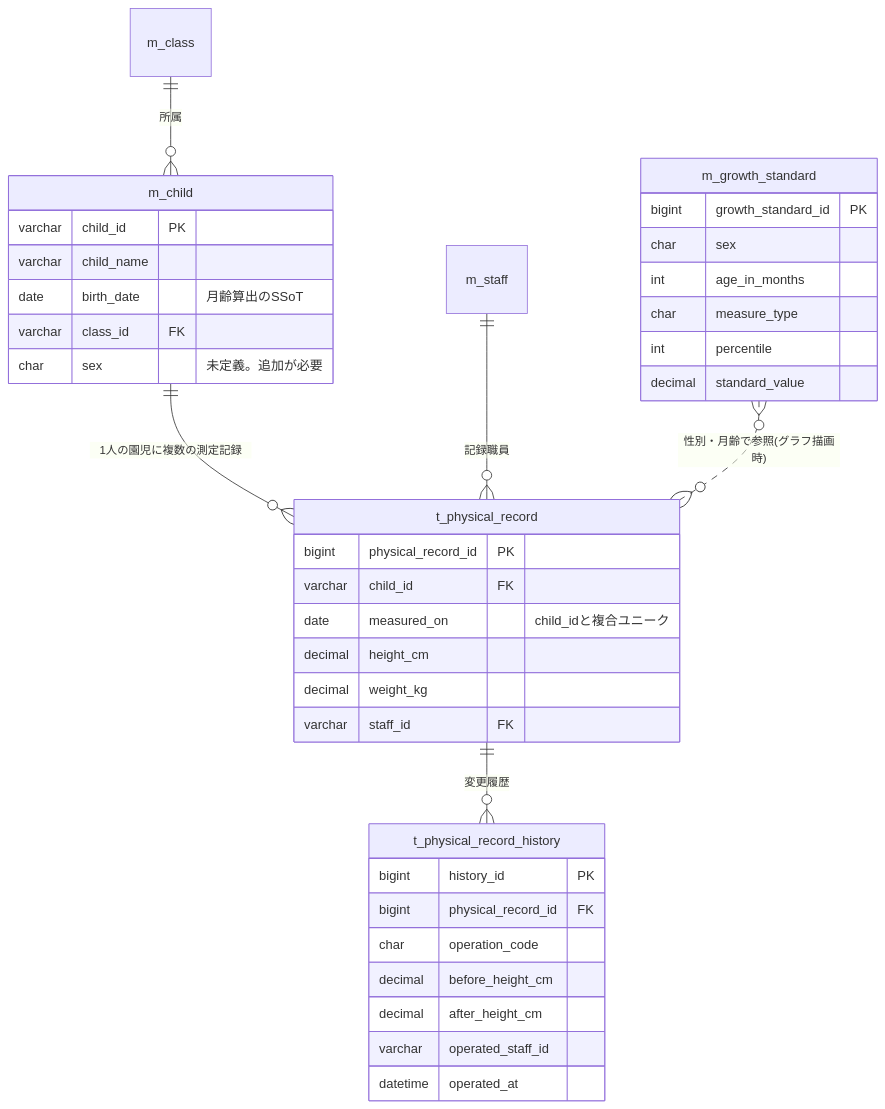
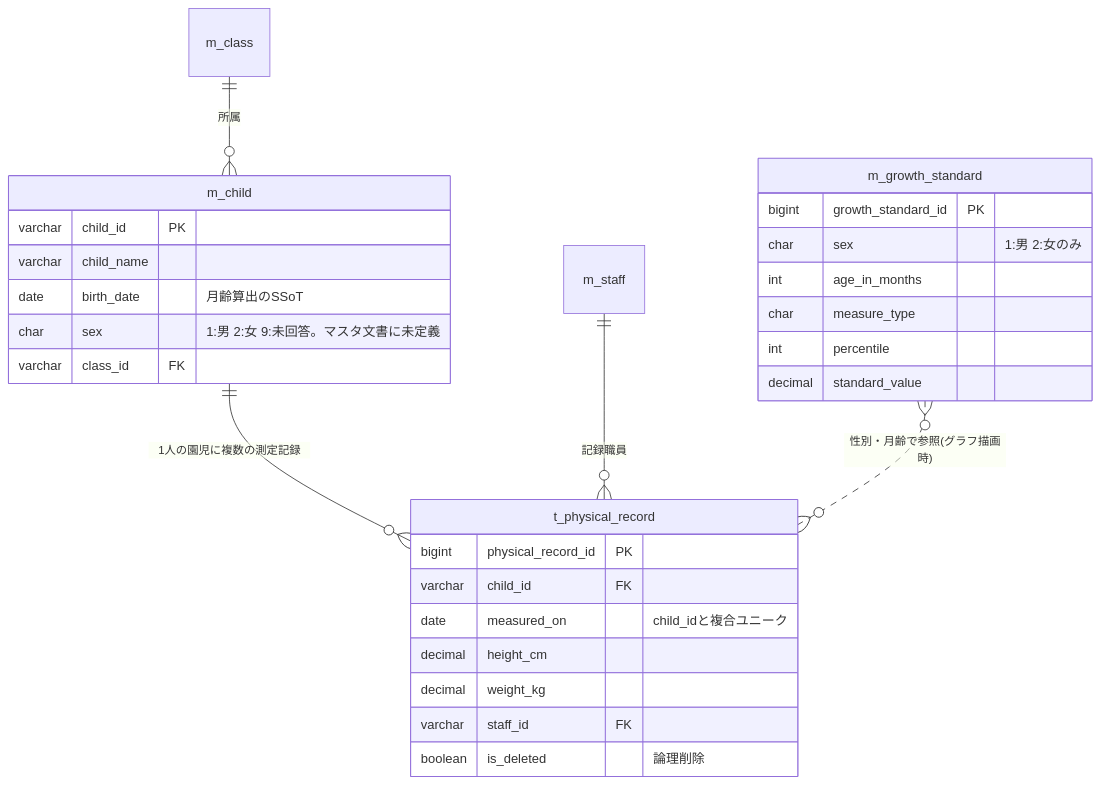
Before and after one commit to issei0423/sukusuku_system: the second of 2 diagrams in 基本設計書（身体記録のみ）.md, drawn with Mermaid. The commit also changed other lines of this file, not shown here.

````diff
--- a/基本設計書（身体記録のみ）.md
+++ b/基本設計書（身体記録のみ）.md
@@ -372,41 +426,32 @@
 ```mermaid
 erDiagram
     m_child ||--o{ t_physical_record : "1人の園児に複数の測定記録"
     m_staff ||--o{ t_physical_record : "記録職員"
     m_class ||--o{ m_child : "所属"
-    t_physical_record ||--o{ t_physical_record_history : "変更履歴"
     m_growth_standard }o..o{ t_physical_record : "性別・月齢で参照(グラフ描画時)"
 
     m_child {
         varchar child_id PK
         varchar child_name
         date birth_date "月齢算出のSSoT"
+        char sex "1:男 2:女 9:未回答。マスタ文書に未定義"
         varchar class_id FK
-        char sex "未定義。追加が必要"
     }
     t_physical_record {
         bigint physical_record_id PK
         varchar child_id FK
         date measured_on "child_idと複合ユニーク"
         decimal height_cm
         decimal weight_kg
         varchar staff_id FK
-    }
-    t_physical_record_history {
-        bigint history_id PK
-        bigint physical_record_id FK
-        char operation_code
-        decimal before_height_cm
-        decimal after_height_cm
-        varchar operated_staff_id
-        datetime operated_at
+        boolean is_deleted "論理削除"
     }
     m_growth_standard {
         bigint growth_standard_id PK
-        char sex
+        char sex "1:男 2:女のみ"
         int age_in_months
         char measure_type
         int percentile
         decimal standard_value
     }
 ```
````
